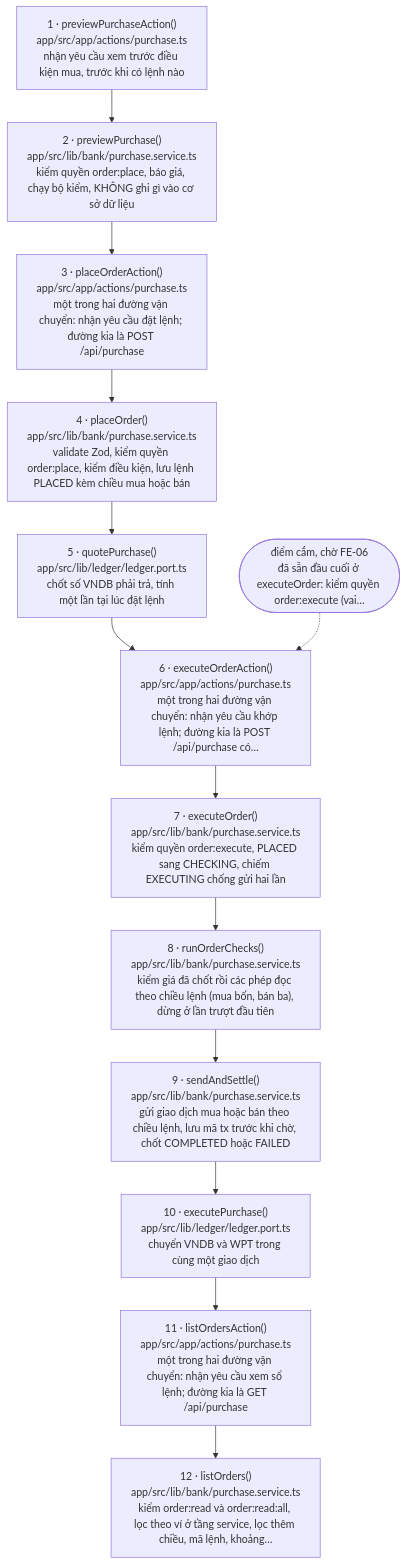
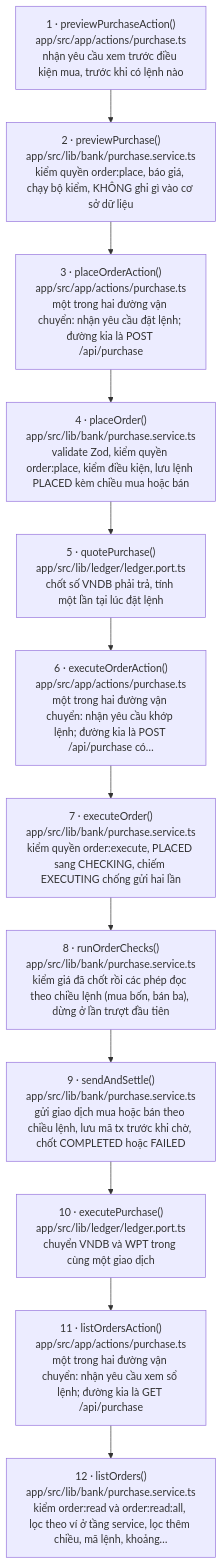
The diagram in docs/flows/purchase.md (tuannino/bidv-rwa-tokenize), drawn with Mermaid before and after one commit. The commit also changed other lines of this file and 21 other files, not shown here.

````diff
--- a/docs/flows/purchase.md
+++ b/docs/flows/purchase.md
@@ -21,28 +21,26 @@
 ```mermaid
 flowchart TD
   s1["1 · previewPurchaseAction()<br/>app/src/app/actions/purchase.ts<br/>nhận yêu cầu xem trước điều kiện mua, trước khi có lệnh nào"]
   s2["2 · previewPurchase()<br/>app/src/lib/bank/purchase.service.ts<br/>kiểm quyền order:place, báo giá, chạy bộ kiểm, KHÔNG ghi gì vào cơ sở dữ liệu"]
   s3["3 · placeOrderAction()<br/>app/src/app/actions/purchase.ts<br/>một trong hai đường vận chuyển: nhận yêu cầu đặt lệnh; đường kia là POST /api/purchase"]
   s4["4 · placeOrder()<br/>app/src/lib/bank/purchase.service.ts<br/>validate Zod, kiểm quyền order:place, kiểm điều kiện, lưu lệnh PLACED kèm chiều mua hoặc bán"]
   s5["5 · quotePurchase()<br/>app/src/lib/ledger/ledger.port.ts<br/>chốt số VNDB phải trả, tính một lần tại lúc đặt lệnh"]
   s6["6 · executeOrderAction()<br/>app/src/app/actions/purchase.ts<br/>một trong hai đường vận chuyển: nhận yêu cầu khớp lệnh; đường kia là POST /api/purchase có…"]
   s7["7 · executeOrder()<br/>app/src/lib/bank/purchase.service.ts<br/>kiểm quyền order:execute, PLACED sang CHECKING, chiếm EXECUTING chống gửi hai lần"]
   s8["8 · runOrderChecks()<br/>app/src/lib/bank/purchase.service.ts<br/>kiểm giá đã chốt rồi các phép đọc theo chiều lệnh (mua bốn, bán ba), dừng ở lần trượt đầu tiên"]
   s9["9 · sendAndSettle()<br/>app/src/lib/bank/purchase.service.ts<br/>gửi giao dịch mua hoặc bán theo chiều lệnh, lưu mã tx trước khi chờ, chốt COMPLETED hoặc FAILED"]
   s10["10 · executePurchase()<br/>app/src/lib/ledger/ledger.port.ts<br/>chuyển VNDB và WPT trong cùng một giao dịch"]
   s11["11 · listOrdersAction()<br/>app/src/app/actions/purchase.ts<br/>một trong hai đường vận chuyển: nhận yêu cầu xem sổ lệnh; đường kia là GET /api/purchase"]
   s12["12 · listOrders()<br/>app/src/lib/bank/purchase.service.ts<br/>kiểm order:read và order:read:all, lọc theo ví ở tầng service, lọc thêm chiều, mã lệnh, khoảng…"]
-  w1(["điểm cắm, chờ FE-06<br/>đã sẵn đầu cuối ở executeOrder: kiểm quyền order:execute (vai…"])
   s1 --> s2
   s2 --> s3
   s3 --> s4
   s4 --> s5
   s5 --> s6
   s6 --> s7
   s7 --> s8
   s8 --> s9
   s9 --> s10
   s10 --> s11
   s11 --> s12
-  w1 -.-> s6
 ```
````
